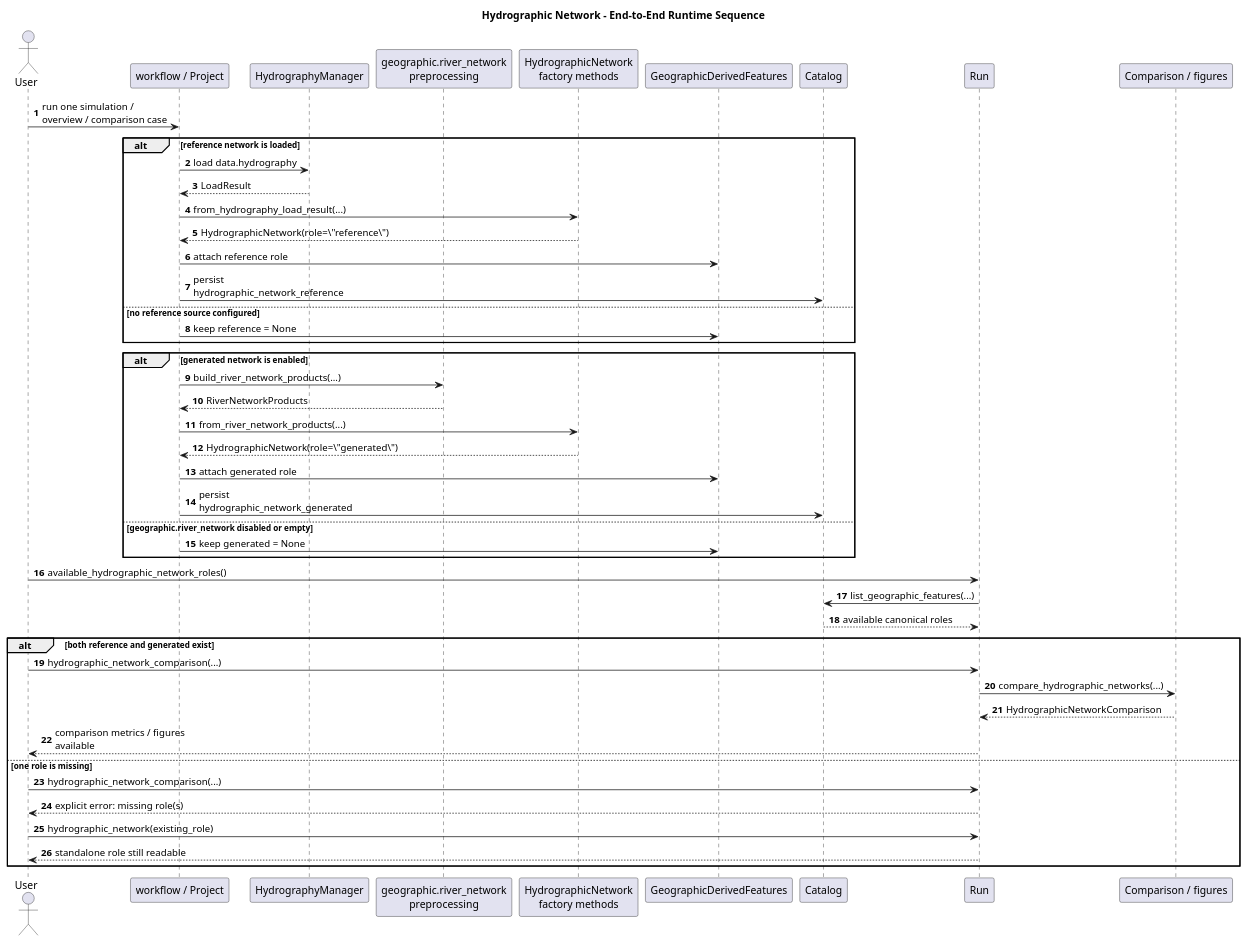
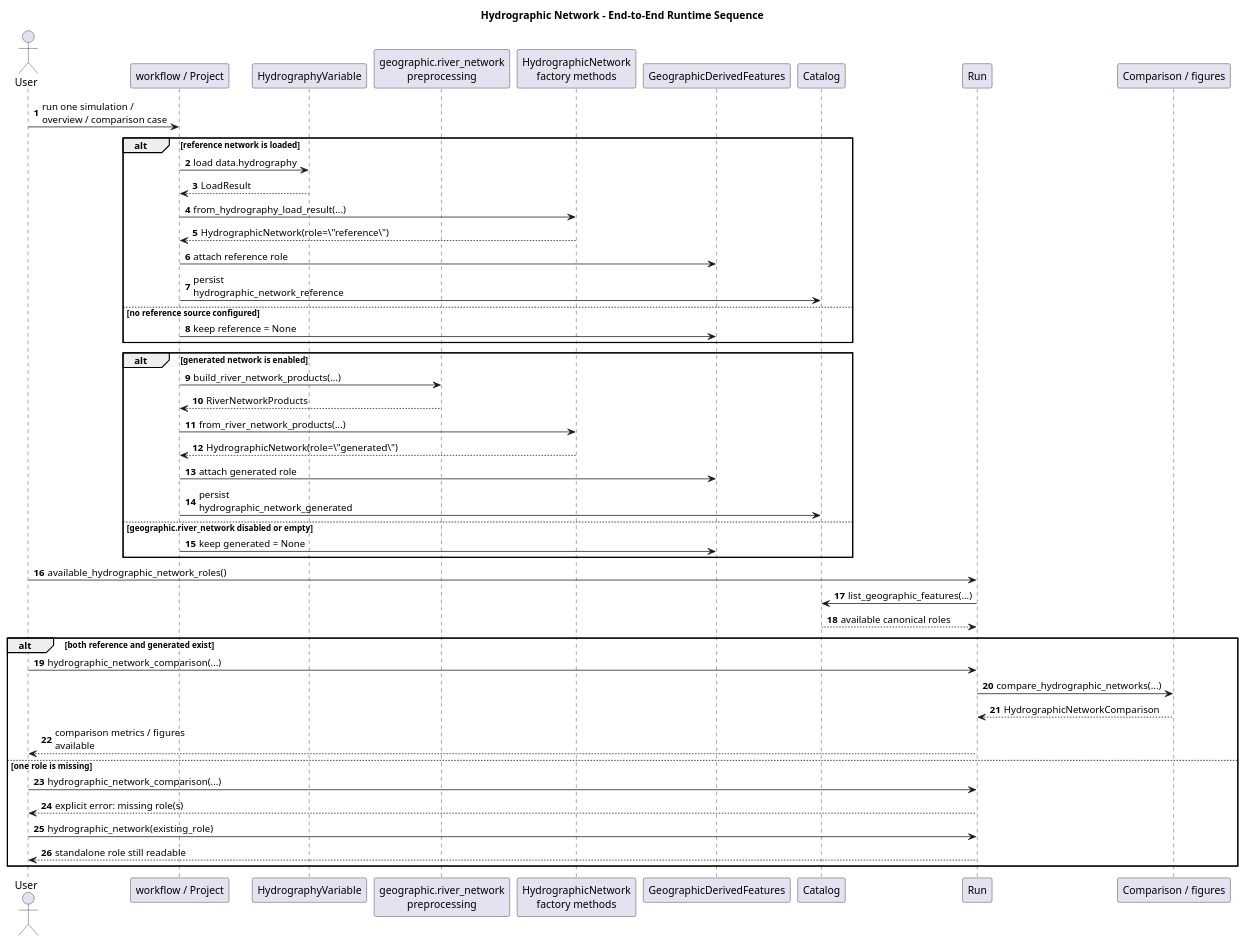
The diagram in docs/source/contribute/architecture/spatial_support/diagrams/hydrographic_network_runtime_sequence.wsd (HydroModPy/HydroModPy), drawn with PlantUML before and after one commit. The commit also changed 469 other files, not shown here.

```diff
--- a/docs/source/contribute/architecture/spatial_support/diagrams/hydrographic_network_runtime_sequence.wsd
+++ b/docs/source/contribute/architecture/spatial_support/diagrams/hydrographic_network_runtime_sequence.wsd
@@ -1,56 +1,56 @@
 @startuml
 title Hydrographic Network - End-to-End Runtime Sequence
 autonumber
 skinparam wrapWidth 180
 skinparam maxMessageSize 180
 
 actor User
 participant "workflow / Project" as Workflow
-participant "HydrographyManager" as HydroMgr
+participant "HydrographyVariable" as HydroMgr
 participant "geographic.river_network\npreprocessing" as GeoRiver
 participant "HydrographicNetwork\nfactory methods" as Factory
 participant "GeographicDerivedFeatures" as Features
 participant "Catalog" as Catalog
 participant "Run" as Run
 participant "Comparison / figures" as Compare
 
 User -> Workflow : run one simulation / overview / comparison case
 
 alt reference network is loaded
   Workflow -> HydroMgr : load data.hydrography
   HydroMgr --> Workflow : LoadResult
   Workflow -> Factory : from_hydrography_load_result(...)
   Factory --> Workflow : HydrographicNetwork(role=\"reference\")
   Workflow -> Features : attach reference role
   Workflow -> Catalog : persist hydrographic_network_reference
 else no reference source configured
   Workflow -> Features : keep reference = None
 end
 
 alt generated network is enabled
   Workflow -> GeoRiver : build_river_network_products(...)
   GeoRiver --> Workflow : RiverNetworkProducts
   Workflow -> Factory : from_river_network_products(...)
   Factory --> Workflow : HydrographicNetwork(role=\"generated\")
   Workflow -> Features : attach generated role
   Workflow -> Catalog : persist hydrographic_network_generated
 else geographic.river_network disabled or empty
   Workflow -> Features : keep generated = None
 end
 
 User -> Run : available_hydrographic_network_roles()
 Run -> Catalog : list_geographic_features(...)
 Catalog --> Run : available canonical roles
 
 alt both reference and generated exist
   User -> Run : hydrographic_network_comparison(...)
   Run -> Compare : compare_hydrographic_networks(...)
   Compare --> Run : HydrographicNetworkComparison
   Run --> User : comparison metrics / figures available
 else one role is missing
   User -> Run : hydrographic_network_comparison(...)
   Run --> User : explicit error: missing role(s)
   User -> Run : hydrographic_network(existing_role)
   Run --> User : standalone role still readable
 end
 @enduml
```
